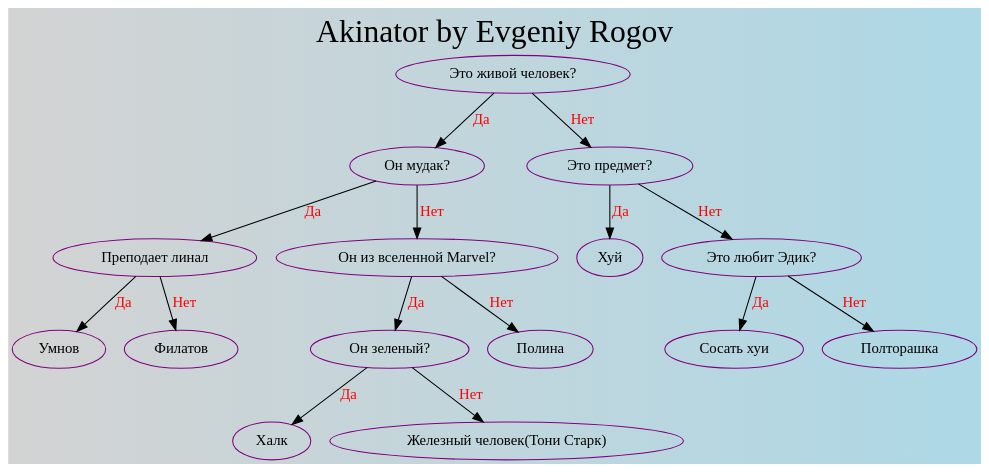
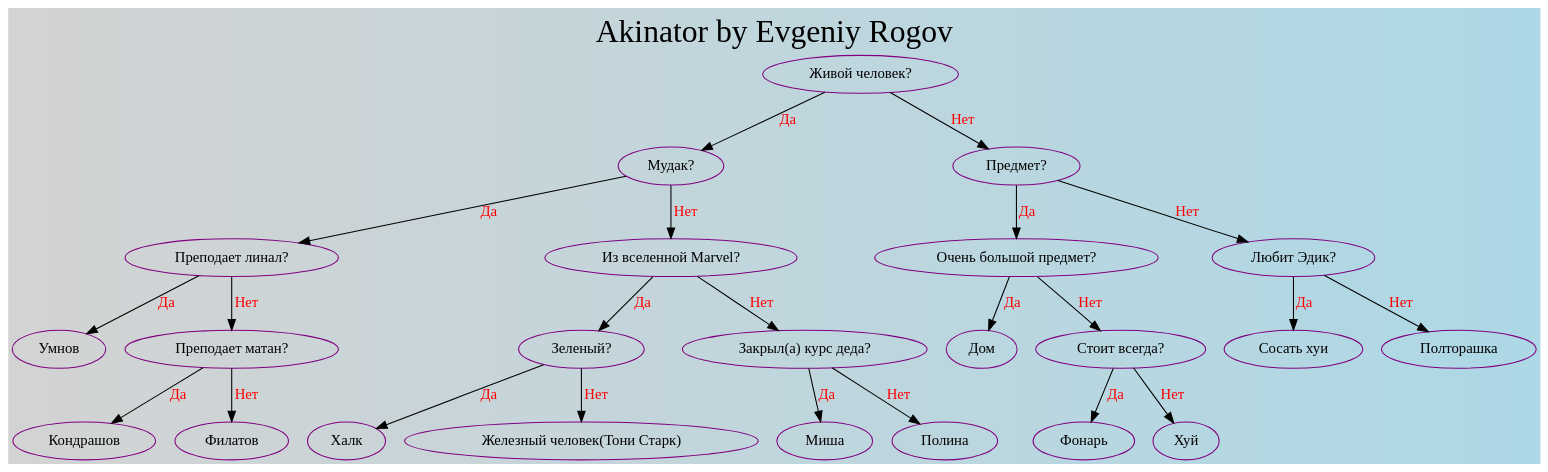
Before and after one commit to EvGeniy0505/Akinator: the diagram in output/akinator.dot, drawn with Graphviz. The commit also changed 8 other files, not shown here.

```diff
--- a/output/akinator.dot
+++ b/output/akinator.dot
@@ -1,36 +1,52 @@
 digraph TREE1 {
 	bgcolor = "lightgrey:lightblue";
 	label="Akinator by Evgeniy Rogov";
 	fontsize=30;
 	fontname="Times-Roman";
 	labelloc="t";
-	node0x603000000040[color=purple, label=" Это живой человек?"]
-	node0x603000000040 -> node0x6030000000a0[label="Да", fontcolor="red"];
-	node0x6030000000a0[color=purple, label=" Он мудак?"]
+	node0x603000000070[color=purple, label=" Живой человек?"]
+	node0x603000000070 -> node0x6030000000a0[label="Да", fontcolor="red"];
+	node0x6030000000a0[color=purple, label=" Мудак?"]
 	node0x6030000000a0 -> node0x603000000100[label="Да", fontcolor="red"];
-	node0x603000000100[color=purple, label=" Преподает линал"]
+	node0x603000000100[color=purple, label=" Преподает линал?"]
 	node0x603000000100 -> node0x603000000130[label="Да", fontcolor="red"];
 	node0x603000000130[color=purple, label=" Умнов"]
 	node0x603000000100 -> node0x603000000160[label="Нет", fontcolor="red"];
-	node0x603000000160[color=purple, label=" Филатов"]
-	node0x6030000000a0 -> node0x603000000190[label="Нет", fontcolor="red"];
-	node0x603000000190[color=purple, label=" Он из вселенной Marvel?"]
-	node0x603000000190 -> node0x6030000001c0[label="Да", fontcolor="red"];
-	node0x6030000001c0[color=purple, label=" Он зеленый?"]
-	node0x6030000001c0 -> node0x603000000400[label="Да", fontcolor="red"];
-	node0x603000000400[color=purple, label=" Халк"]
-	node0x6030000001c0 -> node0x6030000003d0[label="Нет", fontcolor="red"];
-	node0x6030000003d0[color=purple, label=" Железный человек(Тони Старк)"]
-	node0x603000000190 -> node0x6030000001f0[label="Нет", fontcolor="red"];
-	node0x6030000001f0[color=purple, label=" Полина"]
-	node0x603000000040 -> node0x603000000250[label="Нет", fontcolor="red"];
-	node0x603000000250[color=purple, label=" Это предмет?"]
-	node0x603000000250 -> node0x603000000280[label="Да", fontcolor="red"];
-	node0x603000000280[color=purple, label=" Хуй"]
-	node0x603000000250 -> node0x6030000002e0[label="Нет", fontcolor="red"];
-	node0x6030000002e0[color=purple, label=" Это любит Эдик?"]
-	node0x6030000002e0 -> node0x603000000340[label="Да", fontcolor="red"];
-	node0x603000000340[color=purple, label=" Сосать хуи"]
-	node0x6030000002e0 -> node0x6030000003a0[label="Нет", fontcolor="red"];
-	node0x6030000003a0[color=purple, label=" Полторашка"]
+	node0x603000000160[color=purple, label=" Преподает матан?"]
+	node0x603000000160 -> node0x6030000005b0[label="Да", fontcolor="red"];
+	node0x6030000005b0[color=purple, label=" Кондрашов"]
+	node0x603000000160 -> node0x603000000580[label="Нет", fontcolor="red"];
+	node0x603000000580[color=purple, label=" Филатов"]
+	node0x6030000000a0 -> node0x6030000001c0[label="Нет", fontcolor="red"];
+	node0x6030000001c0[color=purple, label=" Из вселенной Marvel?"]
+	node0x6030000001c0 -> node0x6030000001f0[label="Да", fontcolor="red"];
+	node0x6030000001f0[color=purple, label=" Зеленый?"]
+	node0x6030000001f0 -> node0x603000000220[label="Да", fontcolor="red"];
+	node0x603000000220[color=purple, label=" Халк"]
+	node0x6030000001f0 -> node0x603000000250[label="Нет", fontcolor="red"];
+	node0x603000000250[color=purple, label=" Железный человек(Тони Старк)"]
+	node0x6030000001c0 -> node0x603000000280[label="Нет", fontcolor="red"];
+	node0x603000000280[color=purple, label=" Закрыл(а) курс деда?"]
+	node0x603000000280 -> node0x6030000002b0[label="Да", fontcolor="red"];
+	node0x6030000002b0[color=purple, label=" Миша "]
+	node0x603000000280 -> node0x6030000002e0[label="Нет", fontcolor="red"];
+	node0x6030000002e0[color=purple, label=" Полина"]
+	node0x603000000070 -> node0x603000000310[label="Нет", fontcolor="red"];
+	node0x603000000310[color=purple, label=" Предмет?"]
+	node0x603000000310 -> node0x603000000340[label="Да", fontcolor="red"];
+	node0x603000000340[color=purple, label=" Очень большой предмет?"]
+	node0x603000000340 -> node0x603000000370[label="Да", fontcolor="red"];
+	node0x603000000370[color=purple, label=" Дом"]
+	node0x603000000340 -> node0x6030000003d0[label="Нет", fontcolor="red"];
+	node0x6030000003d0[color=purple, label=" Стоит всегда?"]
+	node0x6030000003d0 -> node0x603000000400[label="Да", fontcolor="red"];
+	node0x603000000400[color=purple, label=" Фонарь"]
+	node0x6030000003d0 -> node0x603000000430[label="Нет", fontcolor="red"];
+	node0x603000000430[color=purple, label=" Хуй"]
+	node0x603000000310 -> node0x603000000490[label="Нет", fontcolor="red"];
+	node0x603000000490[color=purple, label=" Любит Эдик?"]
+	node0x603000000490 -> node0x6030000004f0[label="Да", fontcolor="red"];
+	node0x6030000004f0[color=purple, label=" Сосать хуи"]
+	node0x603000000490 -> node0x603000000550[label="Нет", fontcolor="red"];
+	node0x603000000550[color=purple, label=" Полторашка"]
 }
```
